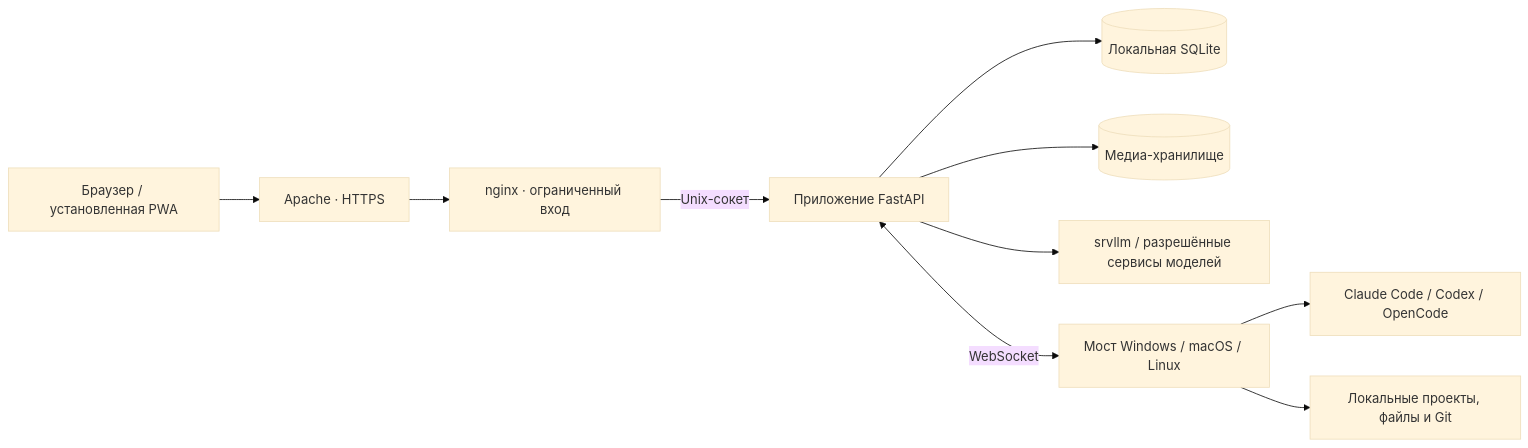
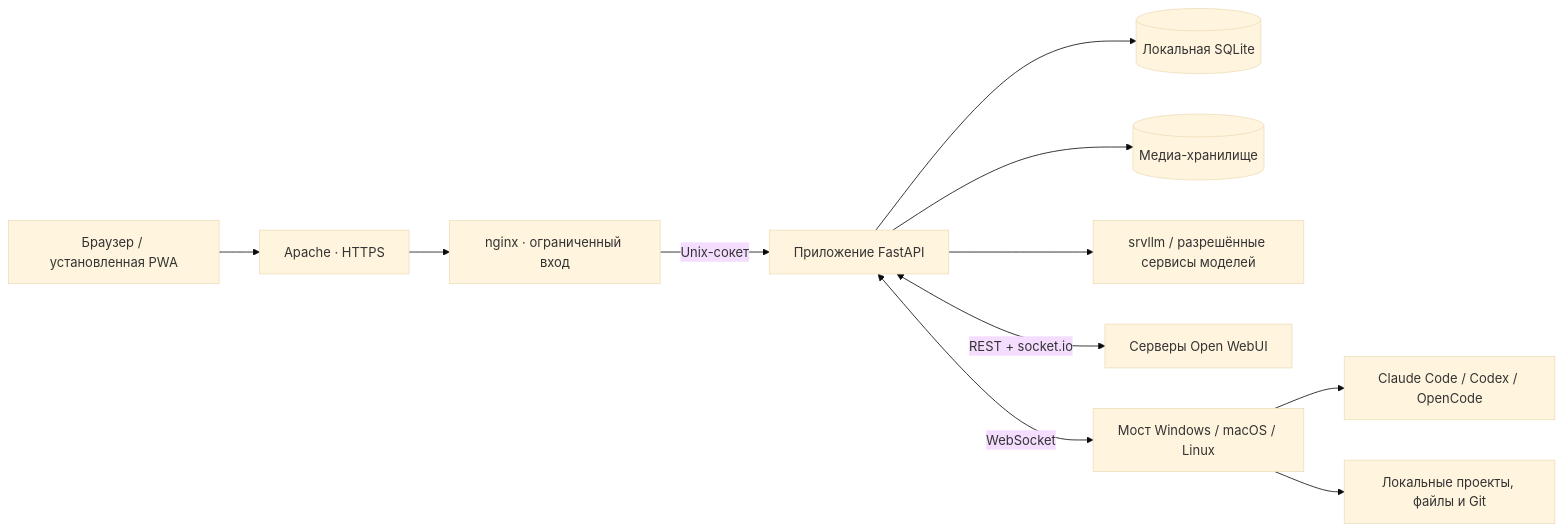
Before and after one commit to guru431/studio: the diagram in README.ru.md, drawn with Mermaid (base theme). The commit also changed other lines of this file and 5 other files, not shown here.

First line of the commit message:
Release Studio 0.47.0: Open WebUI section

````diff
--- a/README.ru.md
+++ b/README.ru.md
@@ -226,12 +234,13 @@
 ```mermaid
 flowchart LR
     UI["Браузер / установленная PWA"] --> HTTPS["Apache · HTTPS"]
     HTTPS --> NGINX["nginx · ограниченный вход"]
     NGINX -->|Unix-сокет| APP["Приложение FastAPI"]
     APP --> DB[("Локальная SQLite")]
     APP --> MEDIA[("Медиа-хранилище")]
     APP --> MODELS["srvllm / разрешённые сервисы моделей"]
+    APP <-->|REST + socket.io| OWUI["Серверы Open WebUI"]
     APP <-->|WebSocket| BRIDGE["Мост Windows / macOS / Linux"]
     BRIDGE --> CLI["Claude Code / Codex / OpenCode"]
     BRIDGE --> PROJECTS["Локальные проекты, файлы и Git"]
 ```
````
